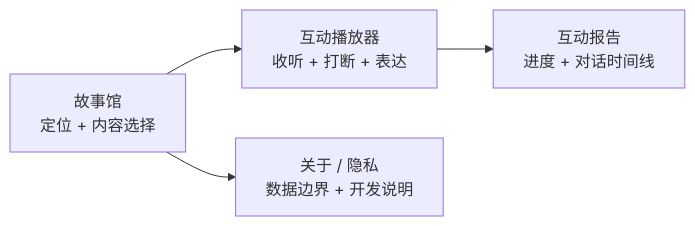
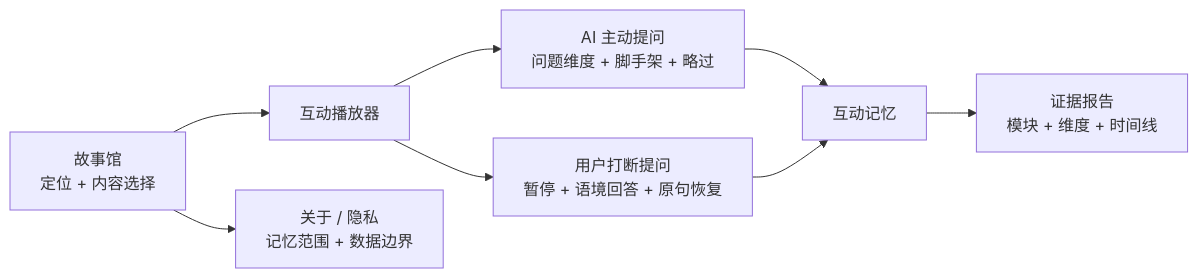
The diagram in docs/product-design.md (et79lee-cell/storypal-ai-reading-companion), drawn with Mermaid before and after one commit. The commit also changed other lines of this file and 31 other files, not shown here.

````diff
--- a/docs/product-design.md
+++ b/docs/product-design.md
@@ -15,6 +15,10 @@
 ```mermaid
 flowchart LR
-  HOME[故事馆<br/>定位 + 内容选择] --> PLAYER[互动播放器<br/>收听 + 打断 + 表达]
-  PLAYER --> REPORT[互动报告<br/>进度 + 对话时间线]
-  HOME --> ABOUT[关于 / 隐私<br/>数据边界 + 开发说明]
+  HOME[故事馆<br/>定位 + 内容选择] --> PLAYER[互动播放器]
+  PLAYER --> PROACTIVE[AI 主动提问<br/>问题维度 + 脚手架 + 略过]
+  PLAYER --> INTERRUPT[用户打断提问<br/>暂停 + 语境回答 + 原句恢复]
+  PROACTIVE --> MEMORY[互动记忆]
+  INTERRUPT --> MEMORY
+  MEMORY --> REPORT[证据报告<br/>模块 + 维度 + 时间线]
+  HOME --> ABOUT[关于 / 隐私<br/>记忆范围 + 数据边界]
 ```
````
